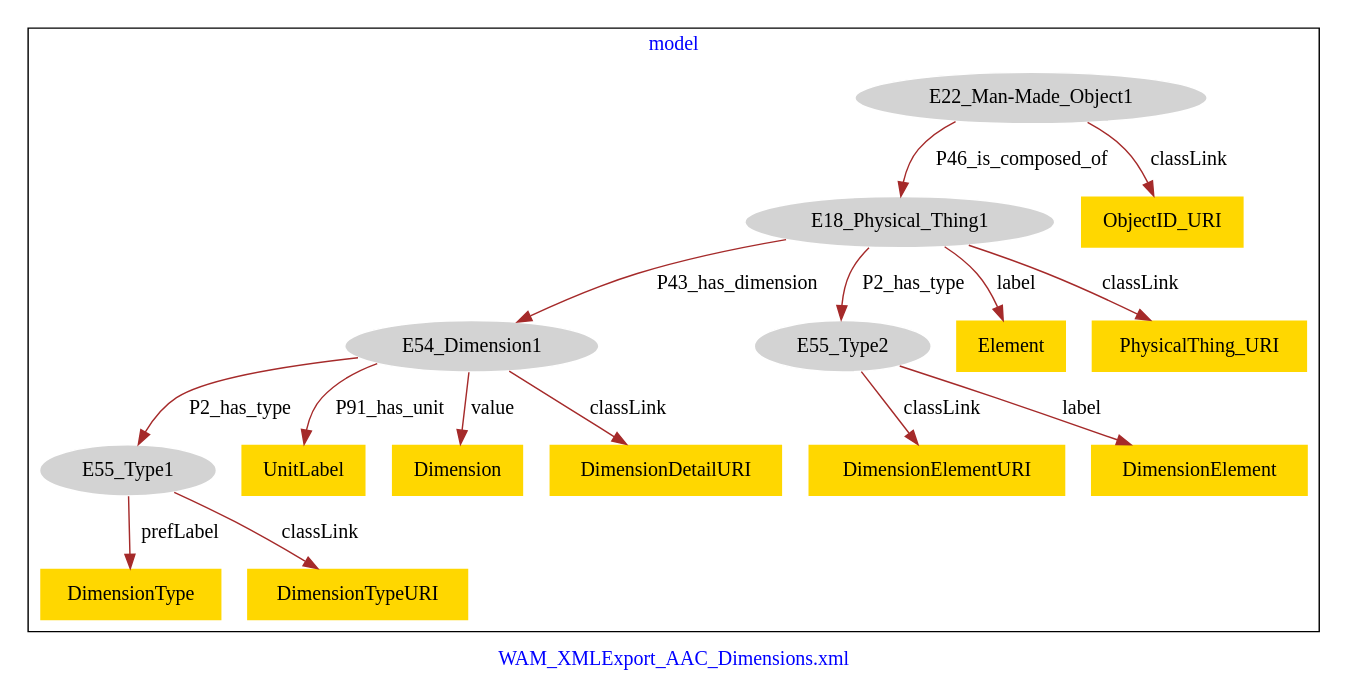
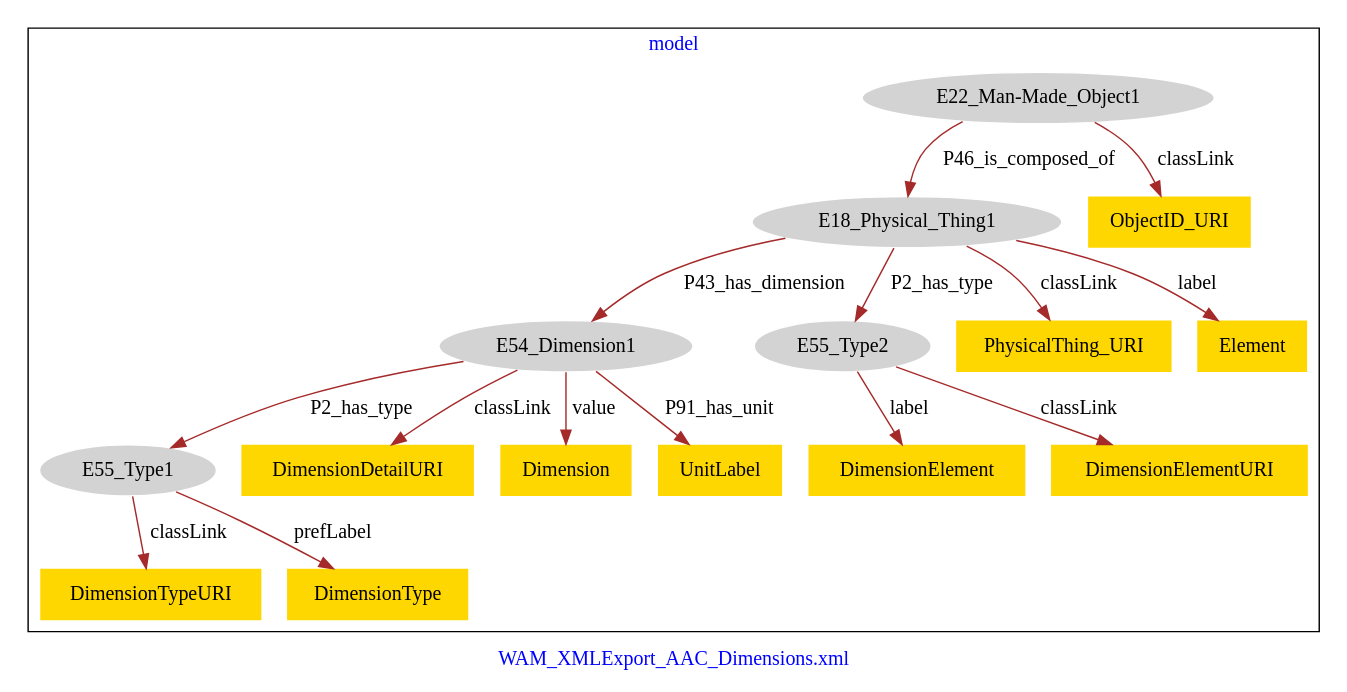
One commit to american-art/wam changed the diagram in WAM_AAC_Dimensions/WAM_AAC_Dimensions-model.dot. Above: the diagram before and after it, drawn with Graphviz.

Commit message:
Update file WAM_AAC_Dimensions-model.dot

```diff
--- a/WAM_AAC_Dimensions/WAM_AAC_Dimensions-model.dot
+++ b/WAM_AAC_Dimensions/WAM_AAC_Dimensions-model.dot
@@ -1,37 +1,37 @@
 digraph n0 {
 fontcolor="blue"
 remincross="true"
 label="WAM_XMLExport_AAC_Dimensions.xml"
 subgraph cluster {
 label="model"
 n2[style="filled",color="white",fillcolor="lightgray",label="E18_Physical_Thing1"];
 n3[style="filled",color="white",fillcolor="lightgray",label="E54_Dimension1"];
 n4[style="filled",color="white",fillcolor="lightgray",label="E55_Type2"];
 n5[style="filled",color="white",fillcolor="lightgray",label="E22_Man-Made_Object1"];
 n6[style="filled",color="white",fillcolor="lightgray",label="E55_Type1"];
-n7[shape="plaintext",style="filled",fillcolor="gold",label="DimensionType"];
-n8[shape="plaintext",style="filled",fillcolor="gold",label="UnitLabel"];
-n9[shape="plaintext",style="filled",fillcolor="gold",label="DimensionTypeURI"];
-n10[shape="plaintext",style="filled",fillcolor="gold",label="Dimension"];
-n11[shape="plaintext",style="filled",fillcolor="gold",label="Element"];
-n12[shape="plaintext",style="filled",fillcolor="gold",label="ObjectID_URI"];
-n13[shape="plaintext",style="filled",fillcolor="gold",label="DimensionElementURI"];
-n14[shape="plaintext",style="filled",fillcolor="gold",label="PhysicalThing_URI"];
-n15[shape="plaintext",style="filled",fillcolor="gold",label="DimensionDetailURI"];
-n16[shape="plaintext",style="filled",fillcolor="gold",label="DimensionElement"];
+n7[shape="plaintext",style="filled",fillcolor="gold",label="DimensionElement"];
+n8[shape="plaintext",style="filled",fillcolor="gold",label="DimensionTypeURI"];
+n9[shape="plaintext",style="filled",fillcolor="gold",label="DimensionElementURI"];
+n10[shape="plaintext",style="filled",fillcolor="gold",label="DimensionDetailURI"];
+n11[shape="plaintext",style="filled",fillcolor="gold",label="Dimension"];
+n12[shape="plaintext",style="filled",fillcolor="gold",label="UnitLabel"];
+n13[shape="plaintext",style="filled",fillcolor="gold",label="ObjectID_URI"];
+n14[shape="plaintext",style="filled",fillcolor="gold",label="DimensionType"];
+n15[shape="plaintext",style="filled",fillcolor="gold",label="PhysicalThing_URI"];
+n16[shape="plaintext",style="filled",fillcolor="gold",label="Element"];
 }
 n2 -> n3[color="brown",fontcolor="black",label="P43_has_dimension"]
 n2 -> n4[color="brown",fontcolor="black",label="P2_has_type"]
 n5 -> n2[color="brown",fontcolor="black",label="P46_is_composed_of"]
 n3 -> n6[color="brown",fontcolor="black",label="P2_has_type"]
-n6 -> n7[color="brown",fontcolor="black",label="prefLabel"]
-n3 -> n8[color="brown",fontcolor="black",label="P91_has_unit"]
-n6 -> n9[color="brown",fontcolor="black",label="classLink"]
-n3 -> n10[color="brown",fontcolor="black",label="value"]
-n2 -> n11[color="brown",fontcolor="black",label="label"]
-n5 -> n12[color="brown",fontcolor="black",label="classLink"]
-n4 -> n13[color="brown",fontcolor="black",label="classLink"]
-n2 -> n14[color="brown",fontcolor="black",label="classLink"]
-n3 -> n15[color="brown",fontcolor="black",label="classLink"]
-n4 -> n16[color="brown",fontcolor="black",label="label"]
+n4 -> n7[color="brown",fontcolor="black",label="label"]
+n6 -> n8[color="brown",fontcolor="black",label="classLink"]
+n4 -> n9[color="brown",fontcolor="black",label="classLink"]
+n3 -> n10[color="brown",fontcolor="black",label="classLink"]
+n3 -> n11[color="brown",fontcolor="black",label="value"]
+n3 -> n12[color="brown",fontcolor="black",label="P91_has_unit"]
+n5 -> n13[color="brown",fontcolor="black",label="classLink"]
+n6 -> n14[color="brown",fontcolor="black",label="prefLabel"]
+n2 -> n15[color="brown",fontcolor="black",label="classLink"]
+n2 -> n16[color="brown",fontcolor="black",label="label"]
 }
```
